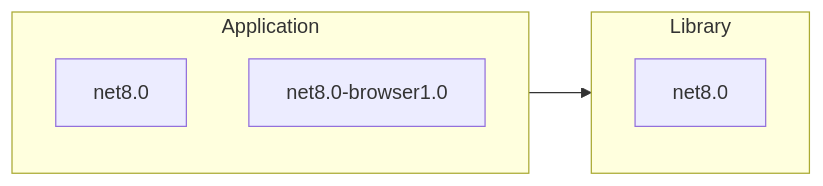
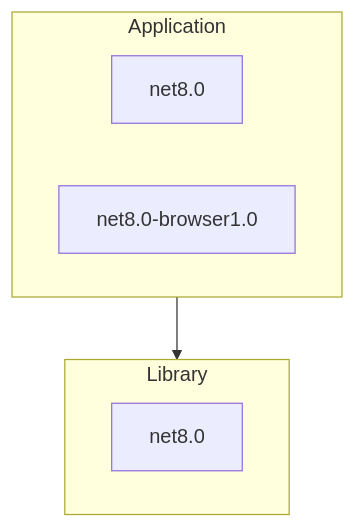
Before and after one commit to javiercn/tfmsamples: the ninth of 14 diagrams in README.md, drawn with Mermaid. The commit also changed other lines of this file, not shown here.

Commit message:
Change diagram orientation

````diff
--- a/README.md
+++ b/README.md
@@ -115,14 +115,14 @@
 ```mermaid
-flowchart LR
+flowchart TD
 
 subgraph Application
   net8app["net8.0"]
   net8browserapp["net8.0-browser1.0"]
 end
 
 subgraph Library
   net8.0lib["net8.0"]
 end
 
 Application-->Library
 ```
````
